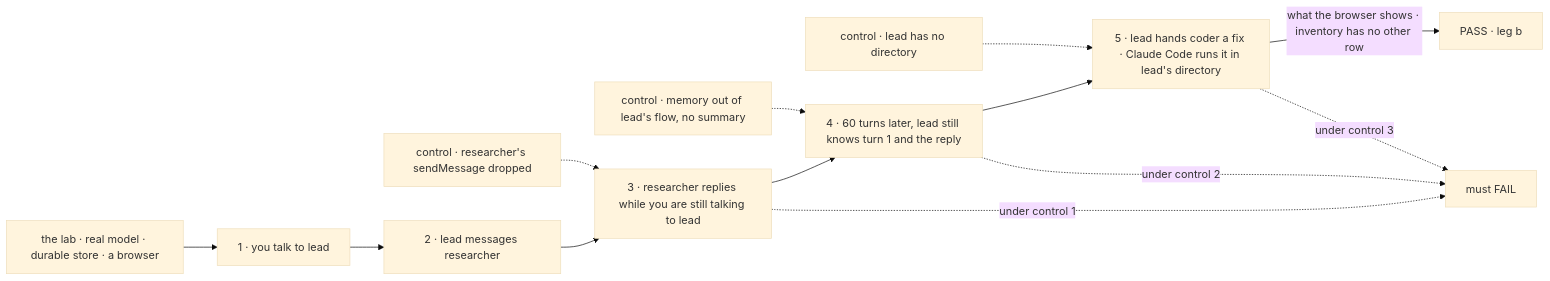
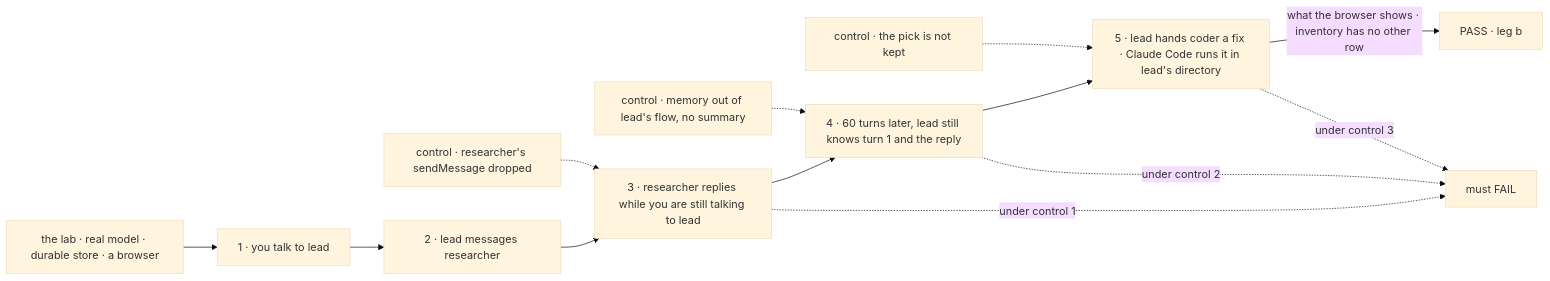
The diagram in specs/issues/FIX-2154/SPEC.md (fixpoint-labs/flow-state-dev), drawn with Mermaid (base theme) before and after one commit. The commit also changed other lines of this file and 2 other files, not shown here.

First line of the commit message:
FIX-2154: name the wait, store the pick, and make the control differ

````diff
--- a/specs/issues/FIX-2154/SPEC.md
+++ b/specs/issues/FIX-2154/SPEC.md
@@ -32,15 +32,15 @@
 ```mermaid
 flowchart LR
   L["the lab · real model · durable store · a browser"] --> S1["1 · you talk to lead"]
   S1 --> S2["2 · lead messages researcher"]
   S2 --> S3["3 · researcher replies while you are still talking to lead"]
   S3 --> S4["4 · 60 turns later, lead still knows turn 1 and the reply"]
   S4 --> S5["5 · lead hands coder a fix · Claude Code runs it in lead's directory"]
   S5 -->|"what the browser shows · inventory has no other row"| P["PASS · leg b"]
   C1["control · researcher's sendMessage dropped"] -.-> S3
   C2["control · memory out of lead's flow, no summary"] -.-> S4
   S3 -.->|"under control 1"| F["must FAIL"]
-  C3["control · lead has no directory"] -.-> S5
+  C3["control · the pick is not kept"] -.-> S5
   S4 -.->|"under control 2"| F
   S5 -.->|"under control 3"| F
 ```
````
